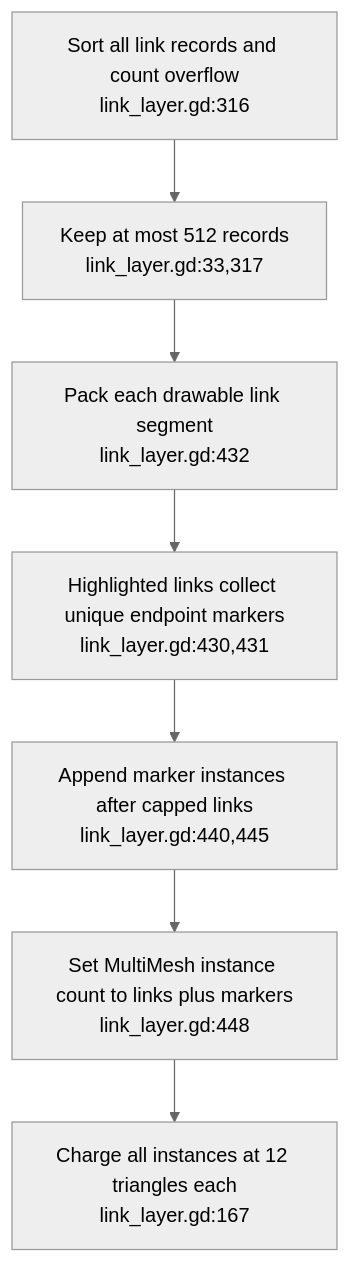
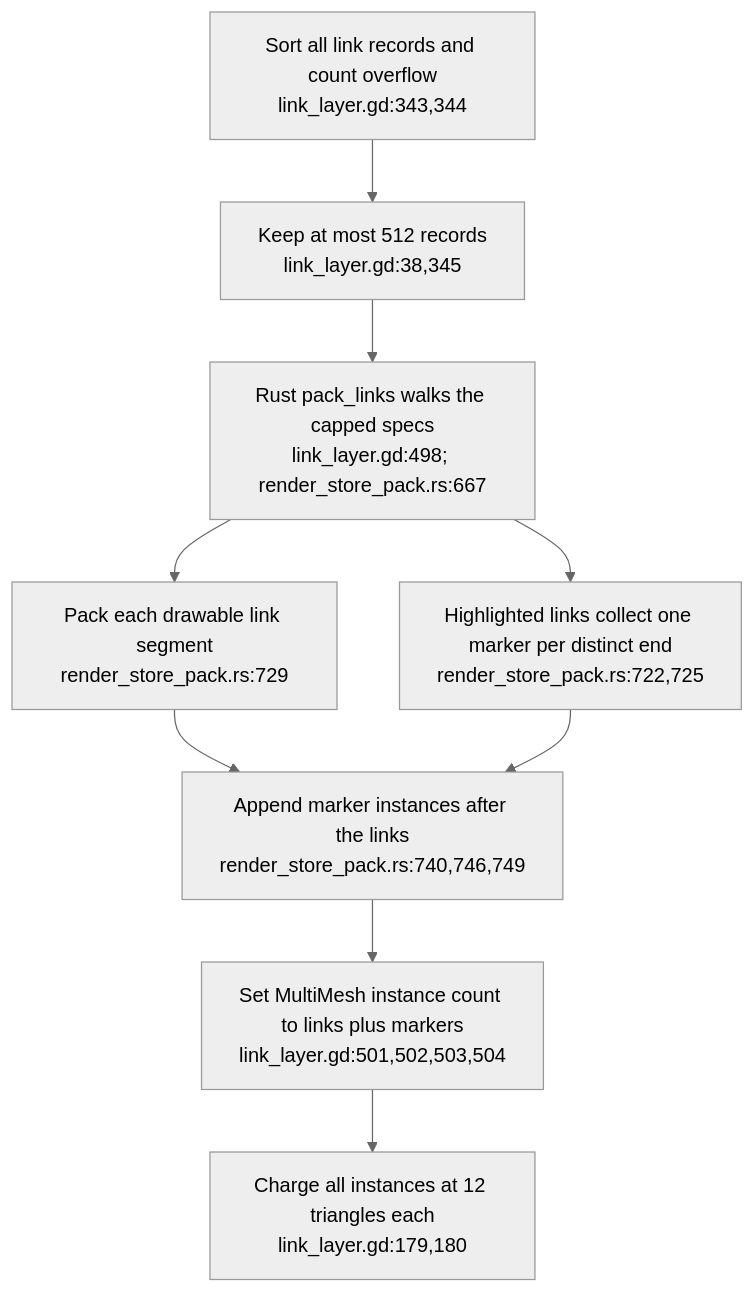
One commit to DreamLab-AI/VisionFlow changed the first of 3 diagrams in docs/diagrams/visionclaw/46-spatial-volume-fit-and-link-budget.md. Above: the diagram before and after it, drawn with Mermaid (neutral theme). The commit also changed other lines of this file and 173 other files, not shown here.

````diff
--- a/docs/diagrams/visionclaw/46-spatial-volume-fit-and-link-budget.md
+++ b/docs/diagrams/visionclaw/46-spatial-volume-fit-and-link-budget.md
@@ -30,9 +31,11 @@
 ```mermaid
 flowchart TD
-    SORT["Sort all link records and count overflow<br/>link_layer.gd:316"] --> CAP["Keep at most 512 records<br/>link_layer.gd:33,317"]
-    CAP --> SEG["Pack each drawable link segment<br/>link_layer.gd:432"]
-    SEG --> MARK["Highlighted links collect unique endpoint markers<br/>link_layer.gd:430,431"]
-    MARK --> APPEND["Append marker instances after capped links<br/>link_layer.gd:440,445"]
-    APPEND --> MM["Set MultiMesh instance count to links plus markers<br/>link_layer.gd:448"]
-    MM --> COST["Charge all instances at 12 triangles each<br/>link_layer.gd:167"]
+    SORT["Sort all link records and count overflow<br/>link_layer.gd:343,344"] --> CAP["Keep at most 512 records<br/>link_layer.gd:38,345"]
+    CAP --> PACK["Rust pack_links walks the capped specs<br/>link_layer.gd:498; render_store_pack.rs:667"]
+    PACK --> SEG["Pack each drawable link segment<br/>render_store_pack.rs:729"]
+    PACK --> MARK["Highlighted links collect one marker per distinct end<br/>render_store_pack.rs:722,725"]
+    SEG --> APPEND["Append marker instances after the links<br/>render_store_pack.rs:740,746,749"]
+    MARK --> APPEND
+    APPEND --> MM["Set MultiMesh instance count to links plus markers<br/>link_layer.gd:501,502,503,504"]
+    MM --> COST["Charge all instances at 12 triangles each<br/>link_layer.gd:179,180"]
 ```
````
